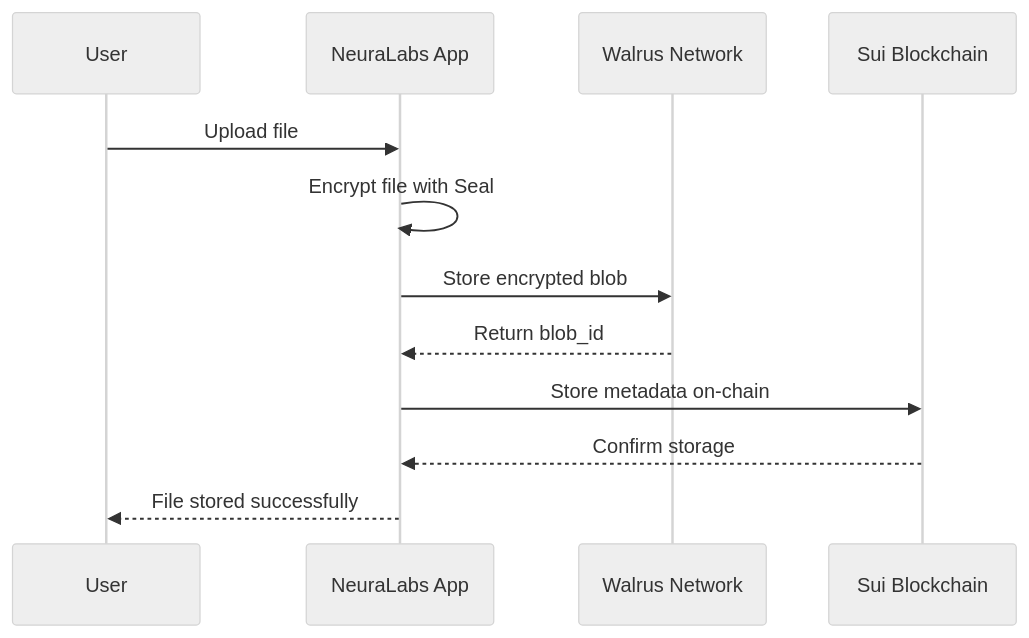
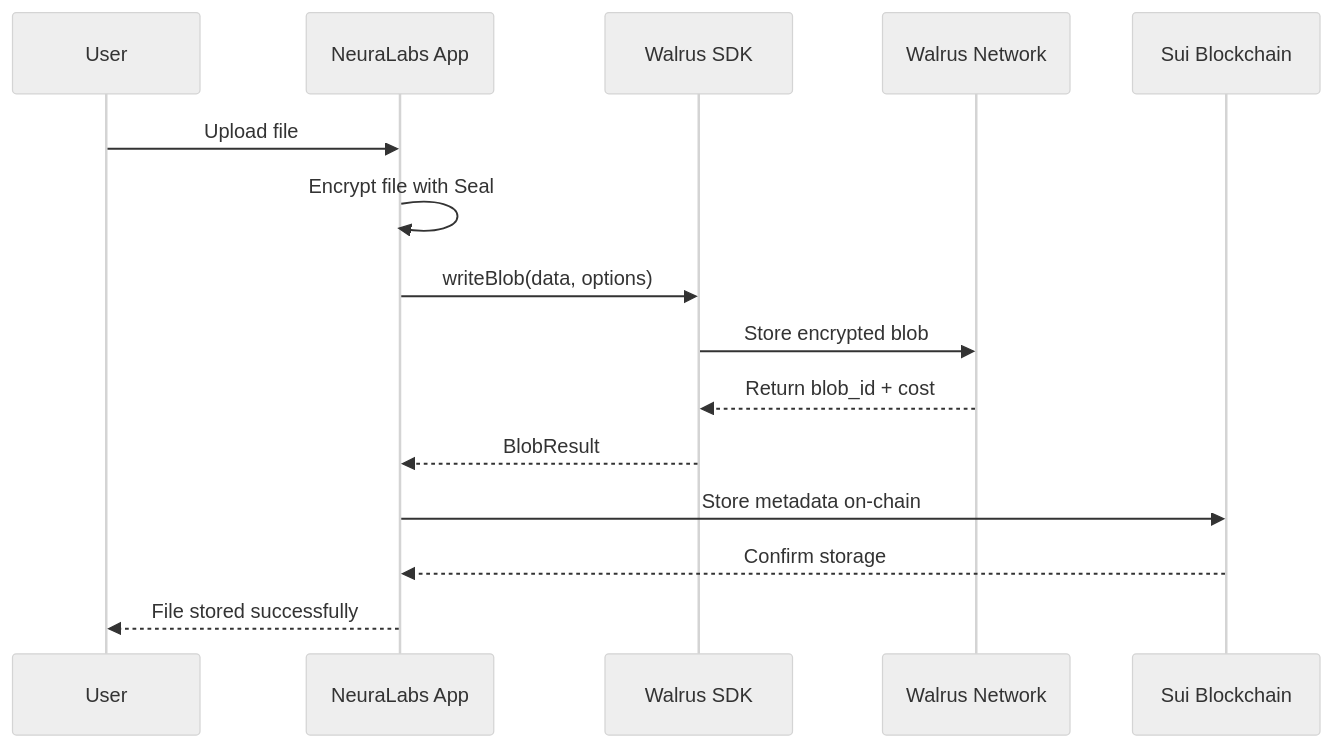
The second of 3 diagrams in documentation/blog/2025-05-24-neuralabs-nft-contract-deployment.mdx (NeuraLabsHQ/neuralabs-coinbase), drawn with Mermaid (neutral theme) before and after one commit. The commit also changed other lines of this file, not shown here.

Commit message:
feat: Enhance Walrus integration with TypeScript SDK and improve error handling

````diff
--- a/documentation/blog/2025-05-24-neuralabs-nft-contract-deployment.mdx
+++ b/documentation/blog/2025-05-24-neuralabs-nft-contract-deployment.mdx
@@ -541,15 +541,18 @@
 ```mermaid
 sequenceDiagram
     participant User
     participant App as NeuraLabs App
+    participant WalrusSDK as Walrus SDK
     participant Walrus as Walrus Network
     participant Sui as Sui Blockchain
     
     User->>App: Upload file
     App->>App: Encrypt file with Seal
-    App->>Walrus: Store encrypted blob
-    Walrus-->>App: Return blob_id
+    App->>WalrusSDK: writeBlob(data, options)
+    WalrusSDK->>Walrus: Store encrypted blob
+    Walrus-->>WalrusSDK: Return blob_id + cost
+    WalrusSDK-->>App: BlobResult
     App->>Sui: Store metadata on-chain
     Sui-->>App: Confirm storage
     App-->>User: File stored successfully
 ```
````
